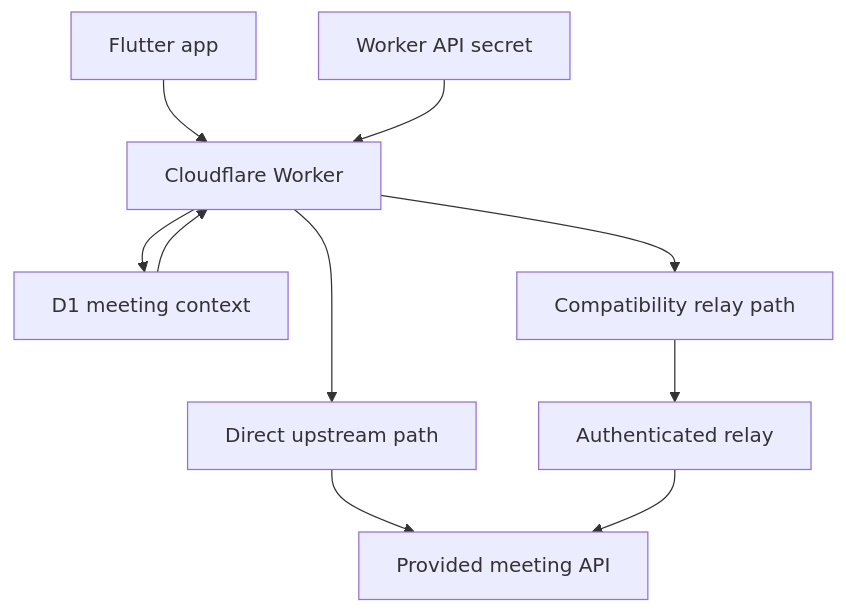
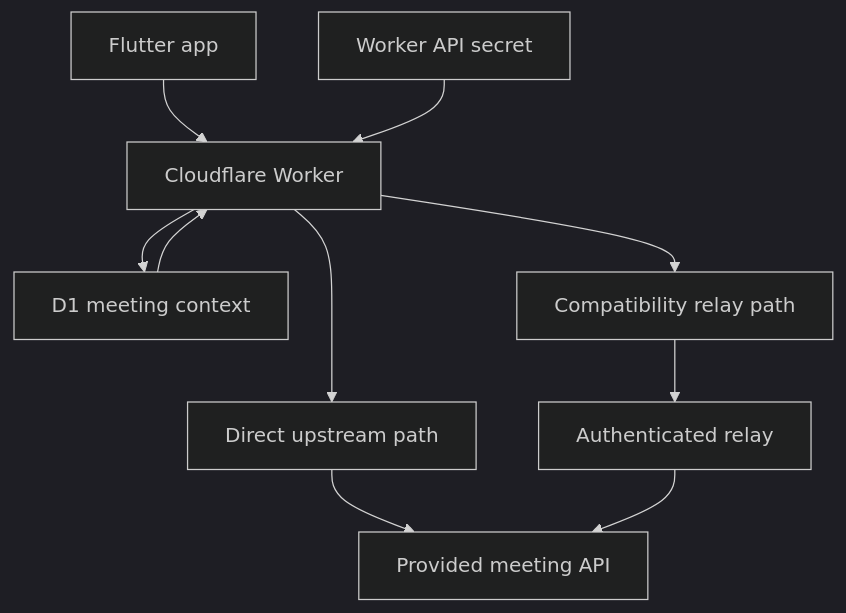
The eighth of 10 diagrams in README.md (maharudraabhishek/chime_meeting_demo), drawn with Mermaid before and after one commit. The commit also changed other lines of this file and 6 other files, not shown here.

````diff
--- a/README.md
+++ b/README.md
@@ -521,12 +614,13 @@
 ```mermaid
-flowchart TD
-    A[Flutter app] --> B[Cloudflare Worker]
-    C[Worker API secret] --> B
-    B --> D[D1 meeting context]
-    D --> B
-    B --> E[Direct upstream path]
-    E --> F[Provided meeting API]
-    B --> G[Compatibility relay path]
-    G --> H[Authenticated relay]
-    H --> F
+%%{init: {"theme":"dark","darkMode":true}}%%
+graph TD;
+    A[Flutter app] --> B[Cloudflare Worker];
+    C[Worker API secret] --> B;
+    B --> D[D1 meeting context];
+    D --> B;
+    B --> E[Direct upstream path];
+    E --> F[Provided meeting API];
+    B --> G[Compatibility relay path];
+    G --> H[Authenticated relay];
+    H --> F;
 ```
````
